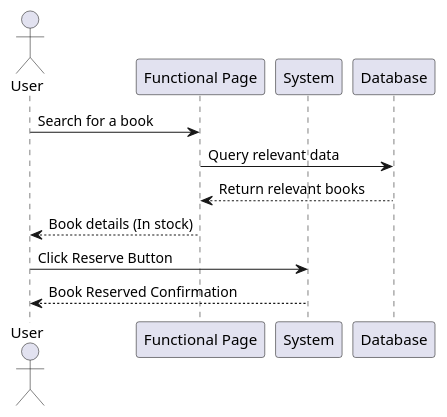
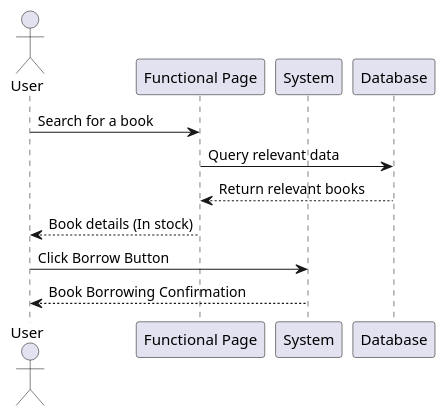
The diagram in diagrams/SDs/ReserveBookSDalt.puml (SalmaAzeem/library-system), drawn with PlantUML before and after one commit.

Commit message:
fixed minor issue

```diff
--- a/diagrams/SDs/ReserveBookSDalt.puml
+++ b/diagrams/SDs/ReserveBookSDalt.puml
@@ -1,13 +1,13 @@
 @startuml
 actor User
 participant "Functional Page" as Page
 participant "System" as System
 participant "Database" as DB
 
 User -> Page: Search for a book
 Page -> DB: Query relevant data
 DB --> Page: Return relevant books
 Page --> User: Book details (In stock)
-User -> System: Click Reserve Button
-System --> User: Book Reserved Confirmation
+User -> System: Click Borrow Button
+System --> User: Book Borrowing Confirmation
 @enduml
```
